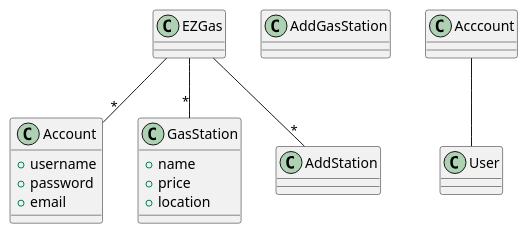
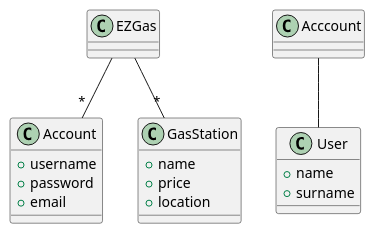
The third of 3 diagrams in REQ_s269676.md (DDD96/Lab2-1), drawn with PlantUML before and after one commit. The commit also changed other lines of this file, not shown here.

````diff
--- a/REQ_s269676.md
+++ b/REQ_s269676.md
@@ -152,23 +152,25 @@
 ```plantuml
 class EZGas
+
+class User{
++ name
++ surname
+}
+
 class Account {
 + username
-+password
++ password
 + email
 }
 
 class GasStation {
 + name
 + price
 + location
 }
 
-class AddGasStation
-
 EZGas -- "*" Account
 EZGas --"*" GasStation
-
 Acccount -- User
-EZGas --"*"AddStation
 
 ```
````
